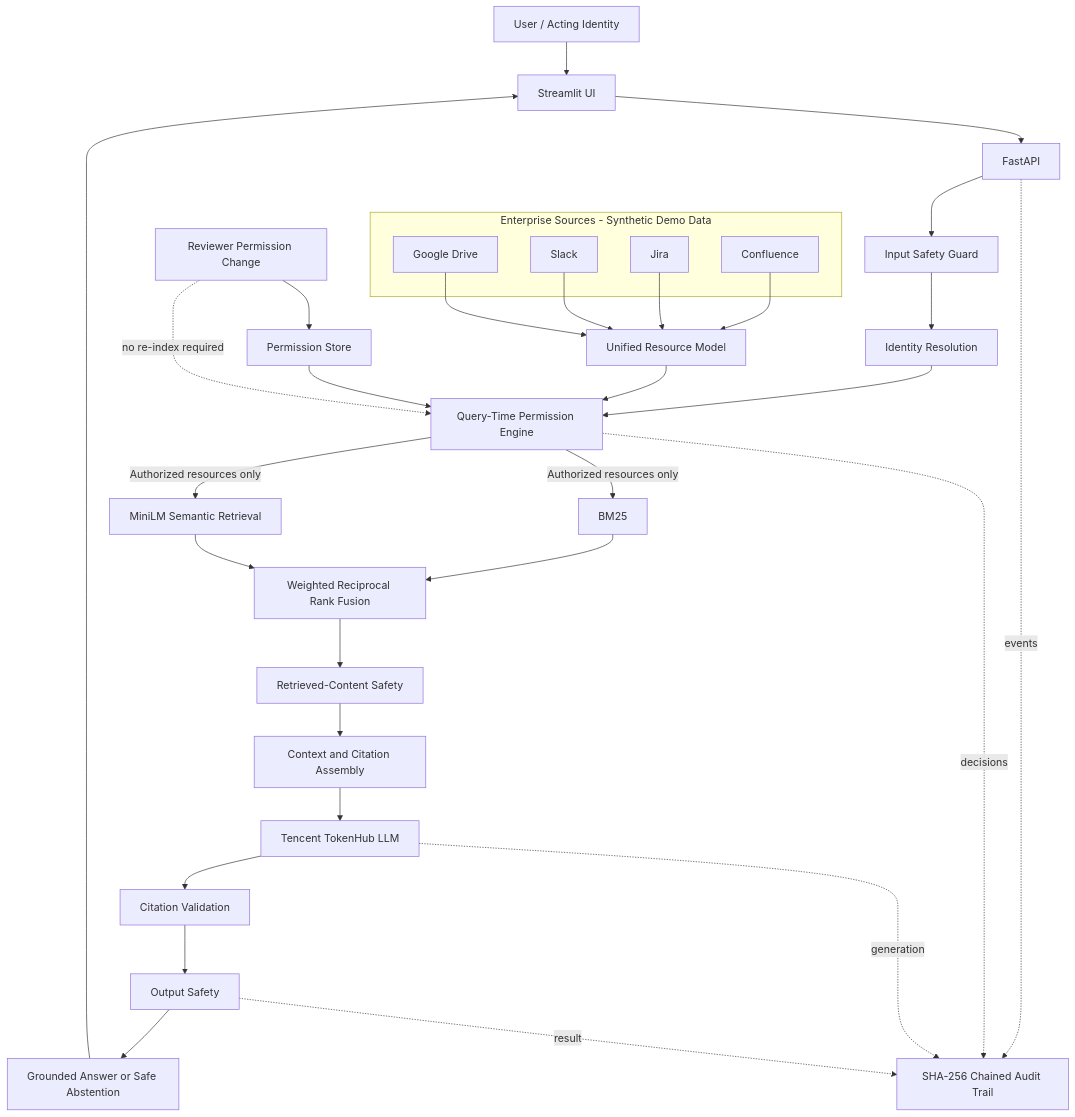
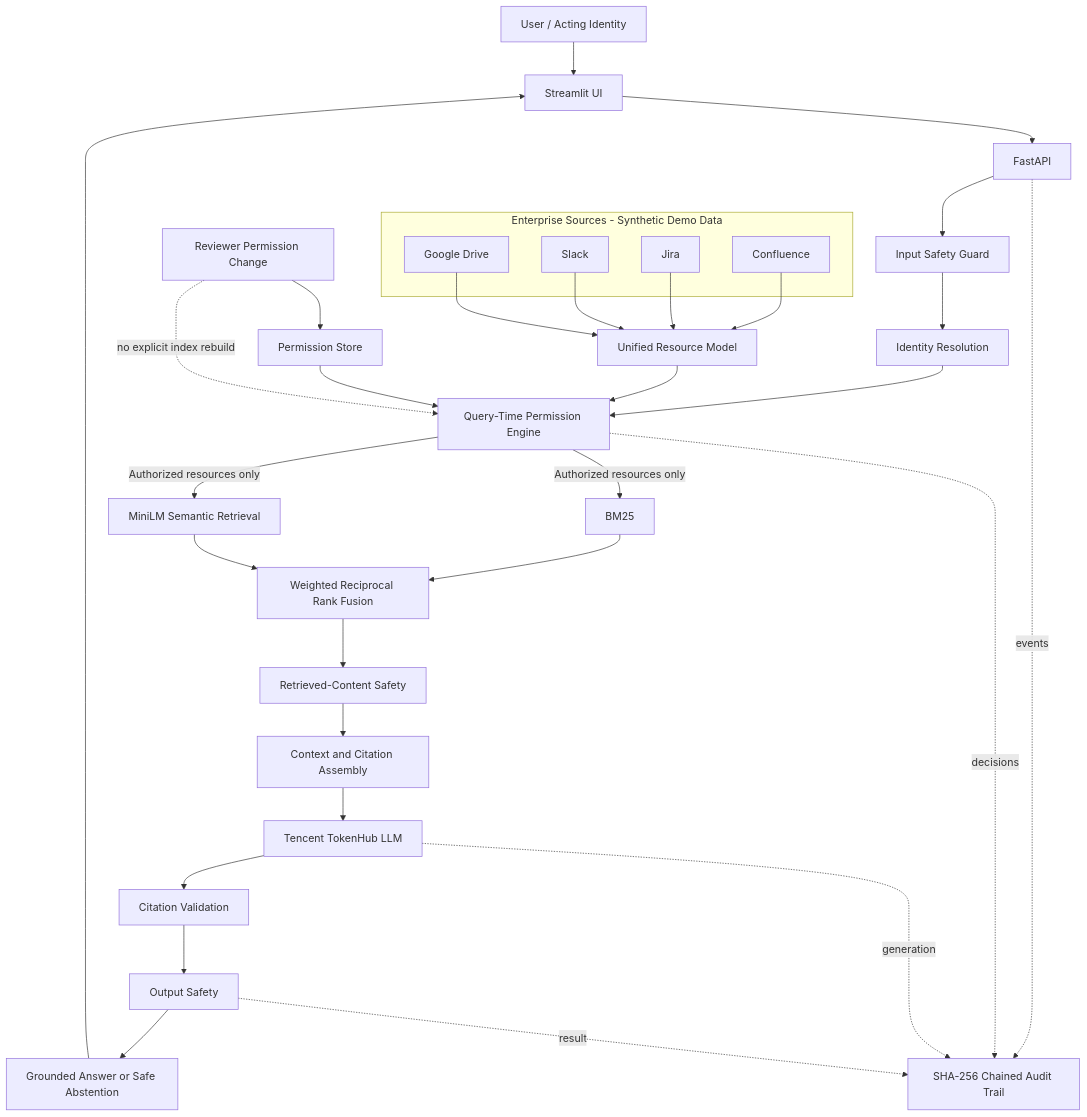
One commit to shen157/internalbrain changed the diagram in README.md. Above: the diagram before and after it, drawn with Mermaid. The commit also changed other lines of this file, not shown here.

```diff
--- a/README.md
+++ b/README.md
@@ -51,42 +51,42 @@
 ~~~mermaid
 flowchart TB
     U[User / Acting Identity] --> UI[Streamlit UI]
     UI --> API[FastAPI]
     API --> IS[Input Safety Guard]
     IS --> ID[Identity Resolution]
     ID --> PE[Query-Time Permission Engine]
 
     subgraph Sources[Enterprise Sources - Synthetic Demo Data]
         C[Confluence]
         J[Jira]
         S[Slack]
         G[Google Drive]
     end
 
     C --> URM[Unified Resource Model]
     J --> URM
     S --> URM
     G --> URM
     URM --> PE
 
     PE -->|Authorized resources only| BM[BM25]
     PE -->|Authorized resources only| SEM[MiniLM Semantic Retrieval]
     BM --> RRF[Weighted Reciprocal Rank Fusion]
     SEM --> RRF
     RRF --> CS[Retrieved-Content Safety]
     CS --> CA[Context and Citation Assembly]
     CA --> LLM[Tencent TokenHub LLM]
     LLM --> CV[Citation Validation]
     CV --> OS[Output Safety]
     OS --> A[Grounded Answer or Safe Abstention]
     A --> UI
 
     API -. events .-> AUD[SHA-256 Chained Audit Trail]
     PE -. decisions .-> AUD
     LLM -. generation .-> AUD
     OS -. result .-> AUD
 
     PS[Permission Store] --> PE
     PC[Reviewer Permission Change] --> PS
-    PC -. no re-index required .-> PE
+    PC -. no explicit index rebuild .-> PE
 ~~~
```
